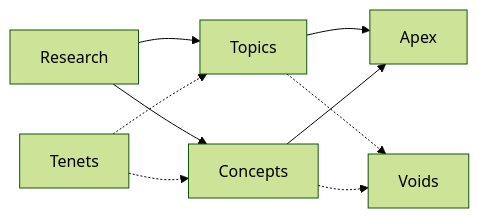
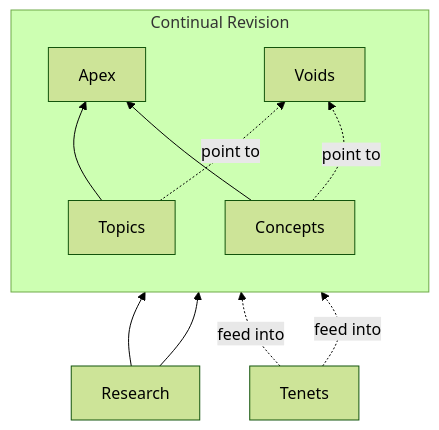
One commit to unfinishablemap/unfinishablemap changed the diagram in hugo/content/_index.md. Above: the diagram before and after it, drawn with Mermaid (forest theme). The commit also changed other lines of this file and 1 other file, not shown here.

Commit message:
fix(homepage): soften Test It Yourself section and restore mermaid diagram
- Reword breathing experiment as invitation rather than commands
- Replace "should be phenomenologically obvious" with gentler framing
- Restore mermaid diagram from 79e8cb14 with subgraph and edge labels

````diff
--- a/hugo/content/_index.md
+++ b/hugo/content/_index.md
@@ -39,18 +39,29 @@
 ```mermaid
-flowchart LR
-    RE[Research] --> TO[Topics]
-    RE --> CO[Concepts]
-    TO --> AP[Apex]
-    CO --> AP
-    TE[Tenets] -.-> TO
-    TE -.-> CO
-    TO -.-> VO[Voids]
-    CO -.-> VO
+flowchart BT
+    subgraph revision["Continual Revision"]
+        direction BT
+        TO[Topics]
+        CO[Concepts]
+        AP[Apex]
+        VO[Voids]
+
+        TO --> AP
+        CO --> AP
+    end
+
+    RE[Research] --> TO
+    RE --> CO
+
+    TE[Tenets] -.->|feed into| TO
+    TE -.->|feed into| CO
+
+    TO -.->|point to| VO
+    CO -.->|point to| VO
 
     click AP "/apex/" "Apex Articles"
     click TO "/topics/" "Topics"
     click CO "/concepts/" "Concepts"
     click VO "/voids/" "Voids"
     click TE "/tenets/" "Tenets"
     click RE "/research/" "Research"
 ```
````
